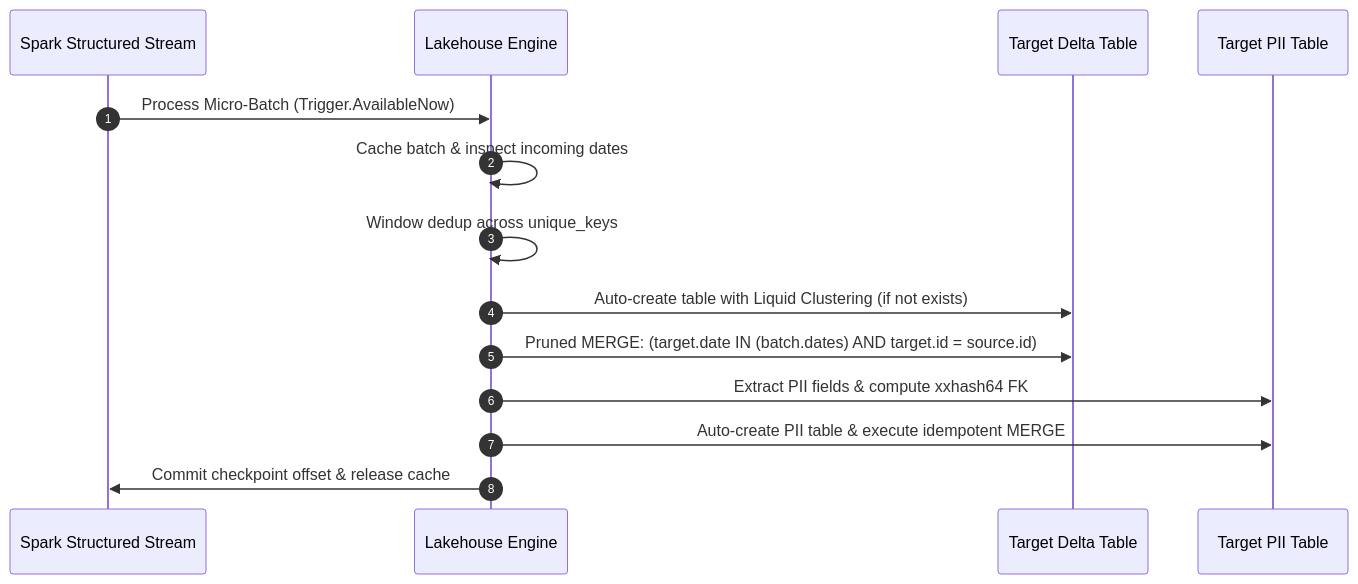
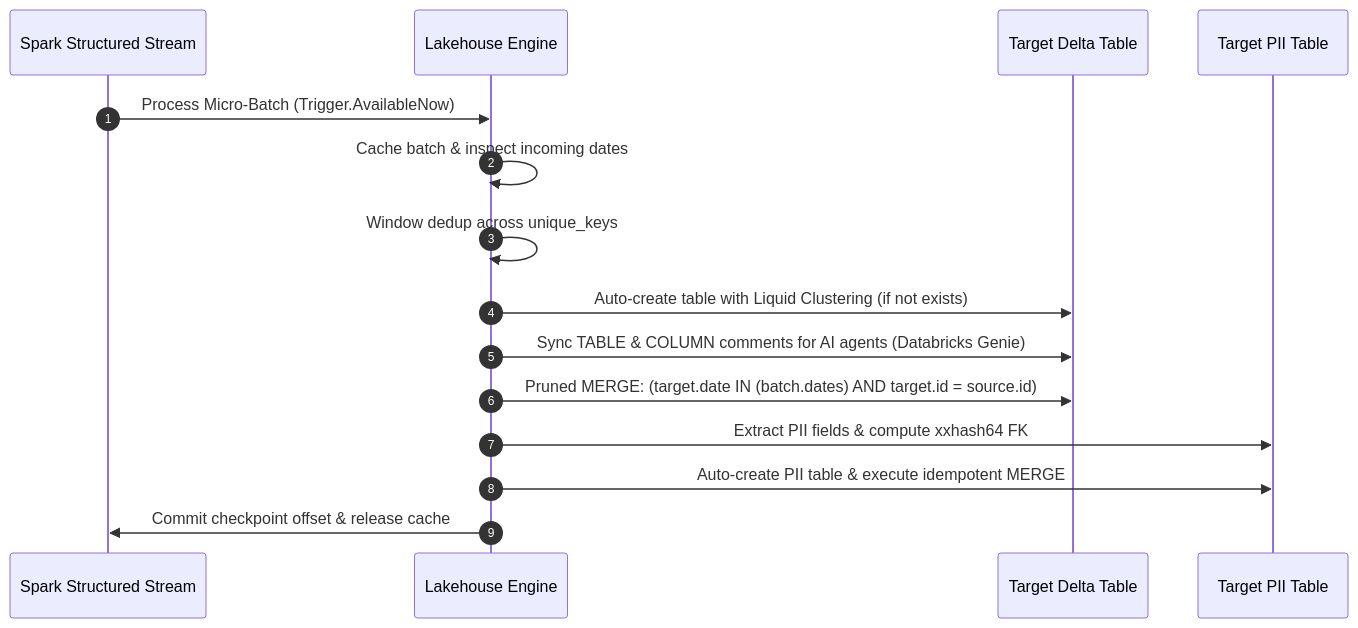
The second of 2 diagrams in README.md (anilkulkarni87/databricks-lakehouse-boilerplate), drawn with Mermaid before and after one commit. The commit also changed other lines of this file and 7 other files, not shown here.

````diff
--- a/README.md
+++ b/README.md
@@ -50,17 +52,18 @@
 ```mermaid
 sequenceDiagram
     autonumber
     participant Spark as Spark Structured Stream
     participant Engine as Lakehouse Engine
     participant Gold as Target Delta Table
     participant PII as Target PII Table
 
     Spark->>Engine: Process Micro-Batch (Trigger.AvailableNow)
     Engine->>Engine: Cache batch & inspect incoming dates
     Engine->>Engine: Window dedup across unique_keys
     Engine->>Gold: Auto-create table with Liquid Clustering (if not exists)
+    Engine->>Gold: Sync TABLE & COLUMN comments for AI agents (Databricks Genie)
     Engine->>Gold: Pruned MERGE: (target.date IN (batch.dates) AND target.id = source.id)
     Engine->>PII: Extract PII fields & compute xxhash64 FK
     Engine->>PII: Auto-create PII table & execute idempotent MERGE
     Engine->>Spark: Commit checkpoint offset & release cache
 ```
````
